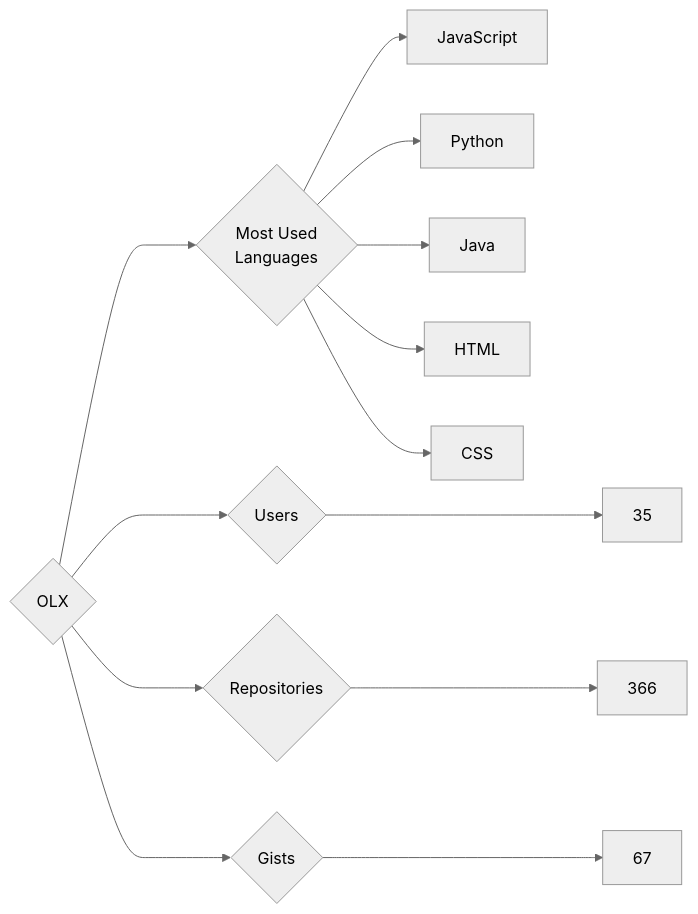
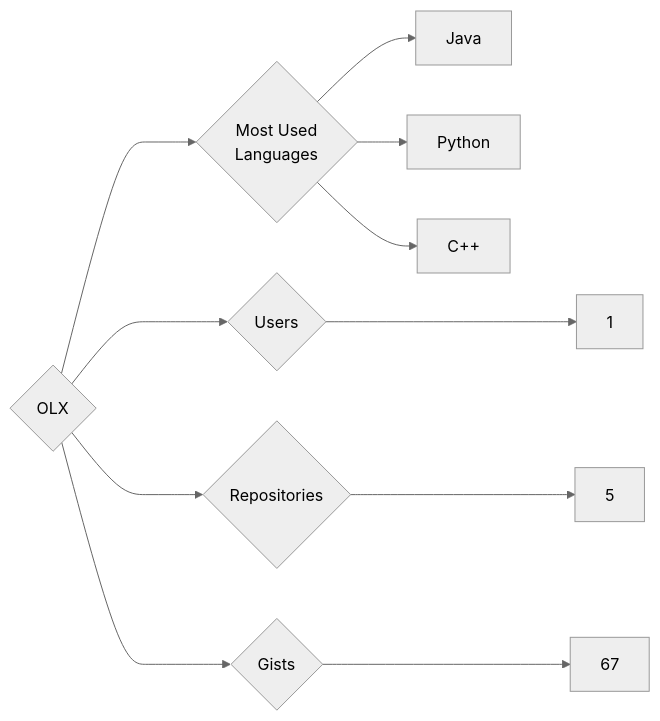
Before and after one commit to trickest/insiders: the diagram in targets/OLX/README.md, drawn with Mermaid (neutral theme). The commit also changed 928 other files, not shown here.

````diff
--- a/targets/OLX/README.md
+++ b/targets/OLX/README.md
@@ -3,13 +3,11 @@
 ```mermaid
 graph LR
 COMPANY_NAME{OLX}
-COMPANY_NAME ---> U{Users} ---> UN[35]
-COMPANY_NAME ---> R{Repositories} ---> RN[366]
+COMPANY_NAME ---> U{Users} ---> UN[1]
+COMPANY_NAME ---> R{Repositories} ---> RN[5]
 COMPANY_NAME ---> G{Gists} ---> GN[67]
 COMPANY_NAME ---> ML{Most Used<br>Languages}
-ML --> JavaScript[JavaScript]
+ML --> Java[Java]
 ML --> Python[Python]
-ML --> Java[Java]
-ML --> HTML[HTML]
-ML --> CSS[CSS]
+ML --> C++[C++]
 ```
````
